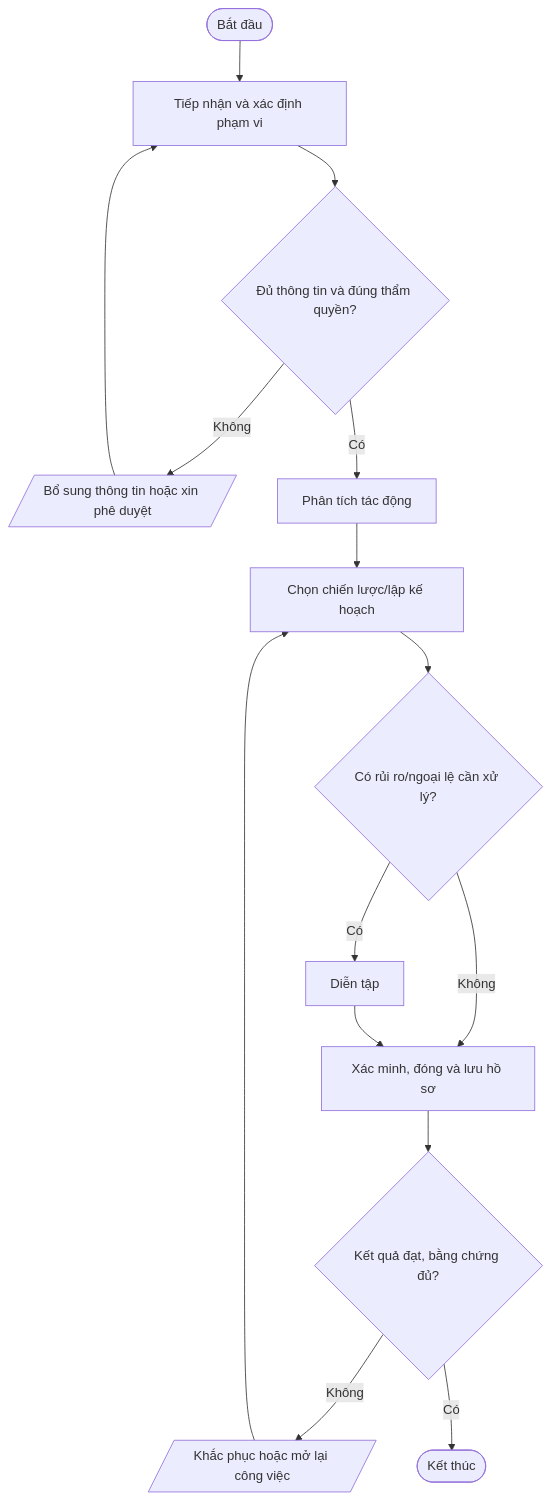
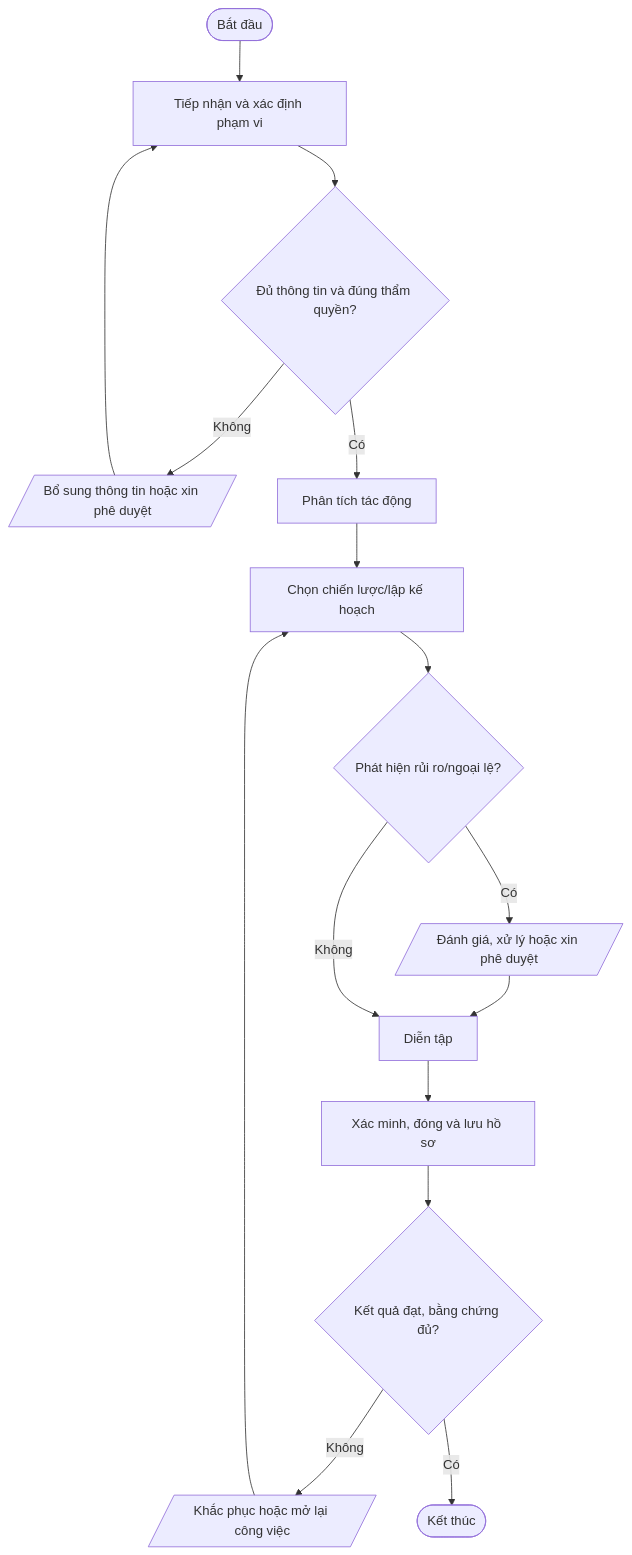
Before and after one commit to daoaigiangnam/Quy_Trinh_Chuan: the third of 5 diagrams in quy-trinh/04-Backup-BCP-DR/README.md, drawn with Mermaid. The commit also changed other lines of this file, not shown here.

Commit message:
docs: correct procedure flowchart decision paths

````diff
--- a/quy-trinh/04-Backup-BCP-DR/README.md
+++ b/quy-trinh/04-Backup-BCP-DR/README.md
@@ -227,17 +229,18 @@
 ```mermaid
 flowchart TD
   A([Bắt đầu]) --> S1["Tiếp nhận và xác định phạm vi"]
   S1 --> D1{"Đủ thông tin và đúng thẩm quyền?"}
   D1 -- Không --> F1[/"Bổ sung thông tin hoặc xin phê duyệt"/]
   F1 --> S1
   D1 -- Có --> S2["Phân tích tác động"]
   S2 --> S3["Chọn chiến lược/lập kế hoạch"]
-  S3 --> D2{"Có rủi ro/ngoại lệ cần xử lý?"}
-  D2 -- Có --> S4["Diễn tập"]
-  D2 -- Không --> S5["Xác minh, đóng và lưu hồ sơ"]
-  S4 --> S5
+  S3 --> D2{"Phát hiện rủi ro/ngoại lệ?"}
+  D2 -- Có --> RISK[/"Đánh giá, xử lý hoặc xin phê duyệt"/]
+  RISK --> S4["Diễn tập"]
+  D2 -- Không --> S4
+  S4 --> S5["Xác minh, đóng và lưu hồ sơ"]
   S5 --> D3{"Kết quả đạt, bằng chứng đủ?"}
   D3 -- Không --> R[/"Khắc phục hoặc mở lại công việc"/]
   R --> S3
   D3 -- Có --> Z([Kết thúc])
 ```
````
